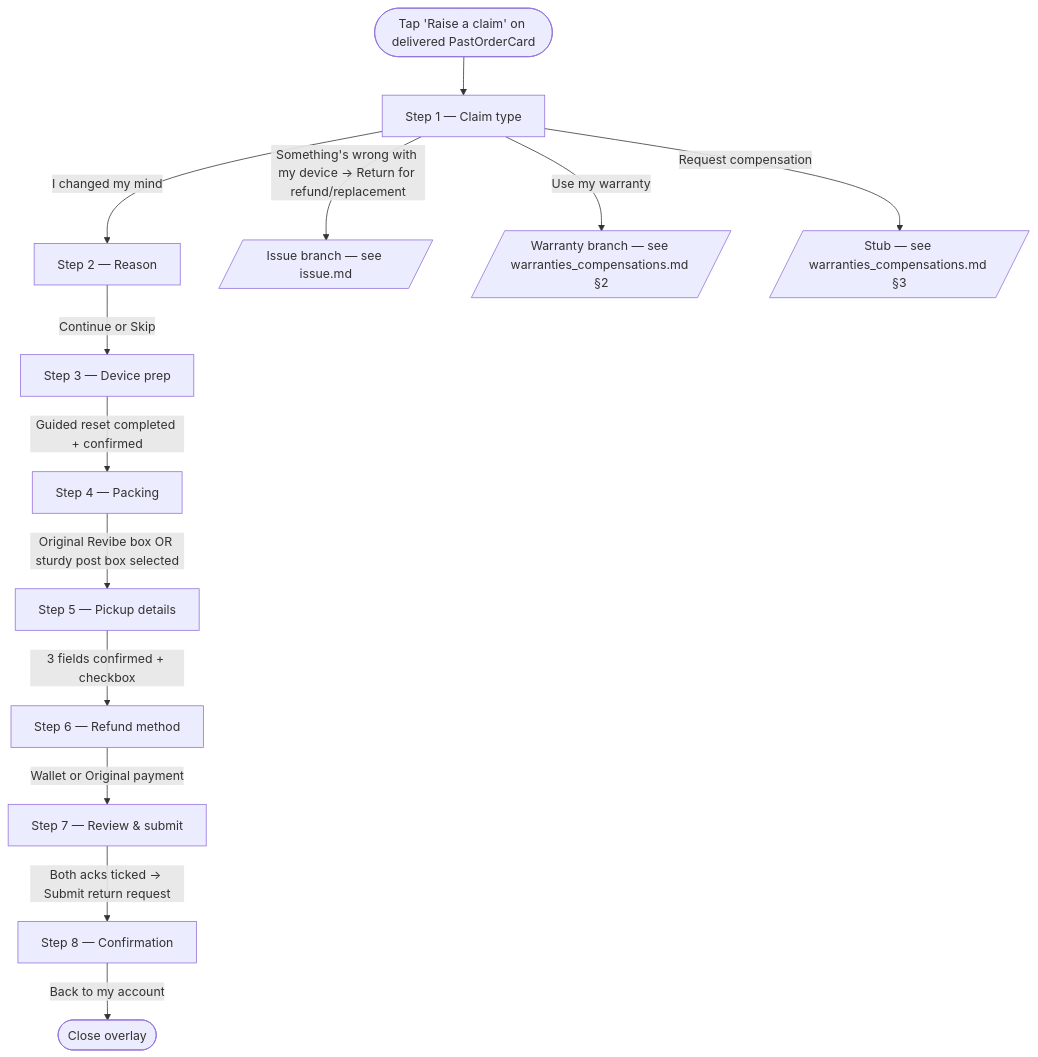
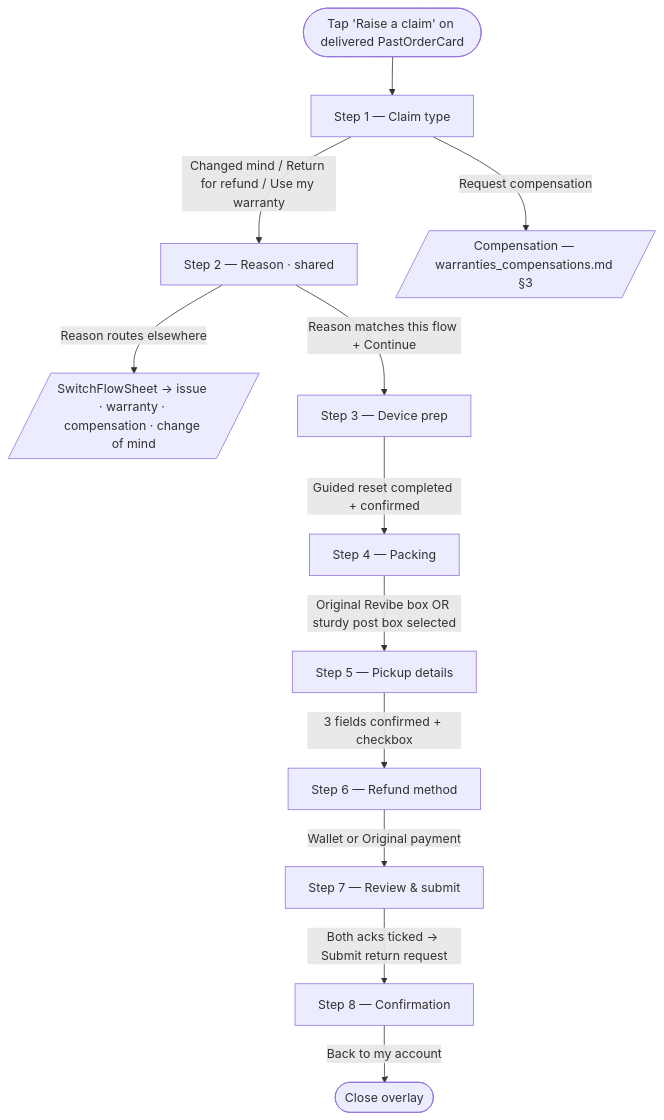
One commit to andrea-revibe/my-account-redesign-v2 changed the first of 2 diagrams in docs/output/returns/change_of_mind.md. Above: the diagram before and after it, drawn with Mermaid. The commit also changed other lines of this file and 11 other files, not shown here.

Commit message:
redesigned raise a claim flow with redirections using reasons

````diff
--- a/docs/output/returns/change_of_mind.md
+++ b/docs/output/returns/change_of_mind.md
@@ -28,15 +28,14 @@
 ```mermaid
 flowchart TD
   entry([Tap 'Raise a claim' on delivered PastOrderCard]) --> s1[Step 1 — Claim type]
-  s1 -->|I changed my mind| s2[Step 2 — Reason]
-  s1 -->|Something's wrong with my device → Return for refund/replacement| issue[/Issue branch — see issue.md/]
-  s1 -->|Use my warranty| warranty[/Warranty branch — see warranties_compensations.md §2/]
-  s1 -->|Request compensation| stub2[/Stub — see warranties_compensations.md §3/]
-  s2 -->|Continue or Skip| s3[Step 3 — Device prep]
+  s1 -->|Changed mind / Return for refund / Use my warranty| s2[Step 2 — Reason · shared]
+  s1 -->|Request compensation| comp[/Compensation — warranties_compensations.md §3/]
+  s2 -->|Reason routes elsewhere| sheet[/SwitchFlowSheet → issue · warranty · compensation · change of mind/]
+  s2 -->|Reason matches this flow + Continue| s3[Step 3 — Device prep]
   s3 -->|Guided reset completed + confirmed| s4[Step 4 — Packing]
   s4 -->|Original Revibe box OR sturdy post box selected| s5[Step 5 — Pickup details]
   s5 -->|3 fields confirmed + checkbox| s6[Step 6 — Refund method]
   s6 -->|Wallet or Original payment| s7[Step 7 — Review & submit]
   s7 -->|Both acks ticked → Submit return request| s8[Step 8 — Confirmation]
   s8 -->|Back to my account| close([Close overlay])
 ```
````
